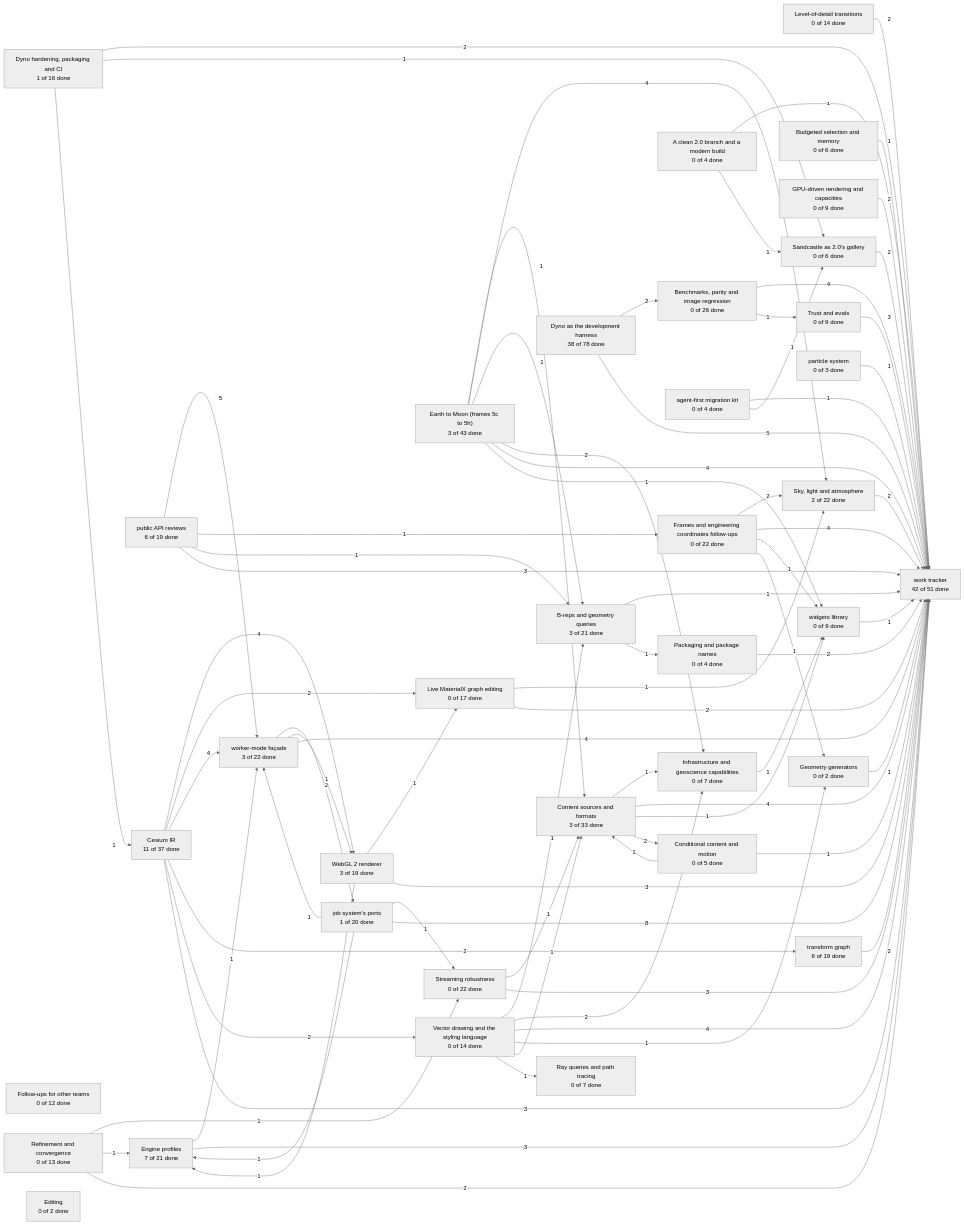
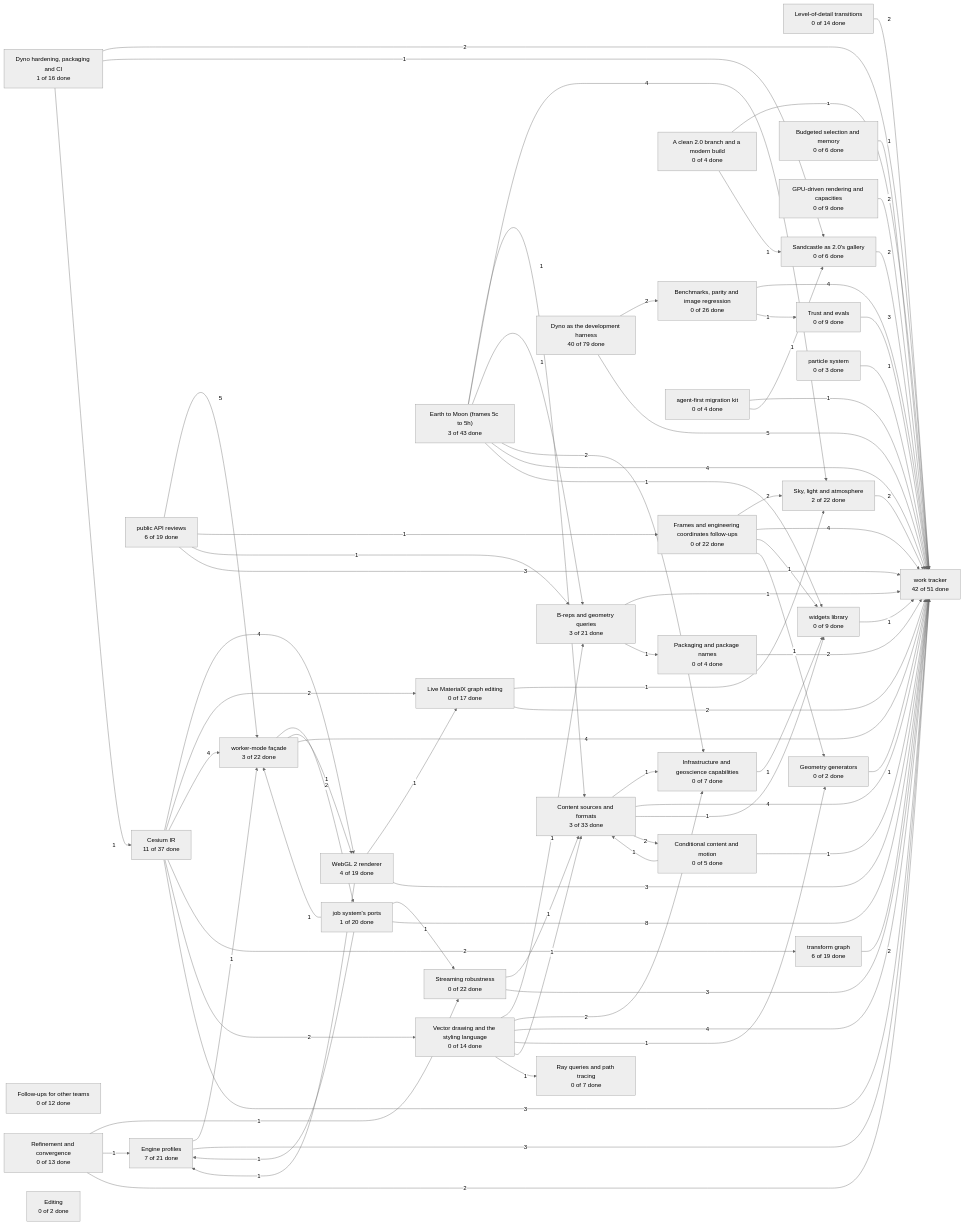
The diagram in packages/next/work/views/projects-graph.md (CesiumGS/cesium), drawn with Mermaid (neutral theme) before and after one commit. The commit also changed 7 other files, not shown here.

````diff
--- a/packages/next/work/views/projects-graph.md
+++ b/packages/next/work/views/projects-graph.md
@@ -5,7 +5,7 @@
 ```mermaid
 graph LR
   CS_8["Engine profiles<br/>7 of 21 done"]
-  CS_9["WebGL 2 renderer<br/>3 of 19 done"]
+  CS_9["WebGL 2 renderer<br/>4 of 19 done"]
   CS_10["Cesium IR<br/>11 of 37 done"]
   CS_11["Live MaterialX graph editing<br/>0 of 17 done"]
   CS_12["job system's ports<br/>1 of 20 done"]
@@ -28,7 +28,7 @@
   CS_197["Ray queries and path tracing<br/>0 of 7 done"]
   CS_198["GPU-driven rendering and capacities<br/>0 of 9 done"]
   CS_199["Dyno hardening, packaging and CI<br/>1 of 16 done"]
-  CS_389["Dyno as the development harness<br/>38 of 78 done"]
+  CS_389["Dyno as the development harness<br/>40 of 79 done"]
   CS_437["public API reviews<br/>6 of 19 done"]
   CS_579["Editing<br/>0 of 2 done"]
   CS_584["widgets library<br/>0 of 9 done"]
````
